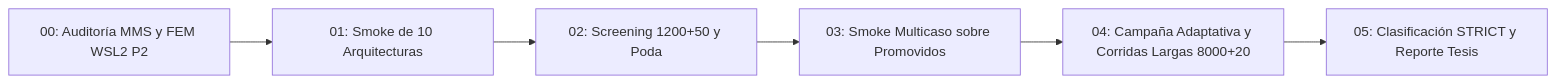
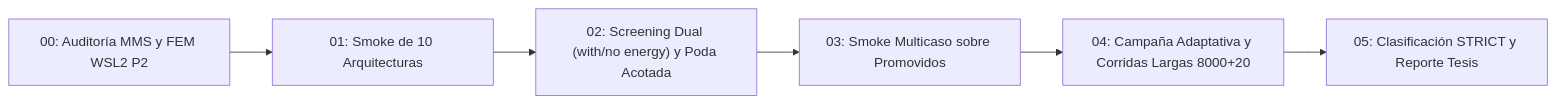
The diagram in notebooks_campaign/README.md (lkoc/tesis_MIA_2026-2_pinn), drawn with Mermaid before and after one commit. The commit also changed other lines of this file and 329 other files, not shown here.

````diff
--- a/notebooks_campaign/README.md
+++ b/notebooks_campaign/README.md
@@ -7,8 +7,8 @@
 ```mermaid
 flowchart LR
     S0["00: Auditoría MMS y FEM WSL2 P2"] --> S1["01: Smoke de 10 Arquitecturas"]
-    S1 --> S2["02: Screening 1200+50 y Poda"]
+    S1 --> S2["02: Screening Dual (with/no energy) y Poda Acotada"]
     S2 --> S3["03: Smoke Multicaso sobre Promovidos"]
     S3 --> S4["04: Campaña Adaptativa y Corridas Largas 8000+20"]
     S4 --> S5["05: Clasificación STRICT y Reporte Tesis"]
 ```
````
